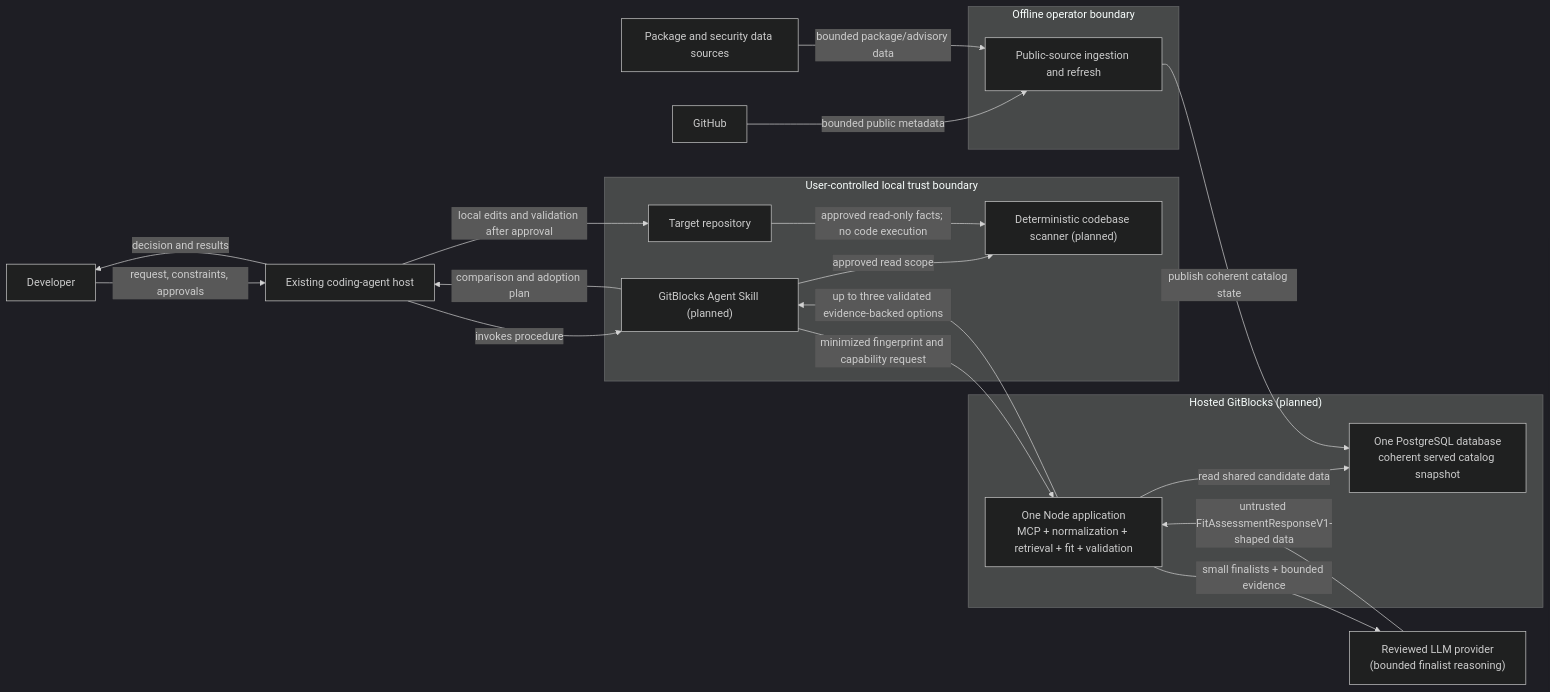
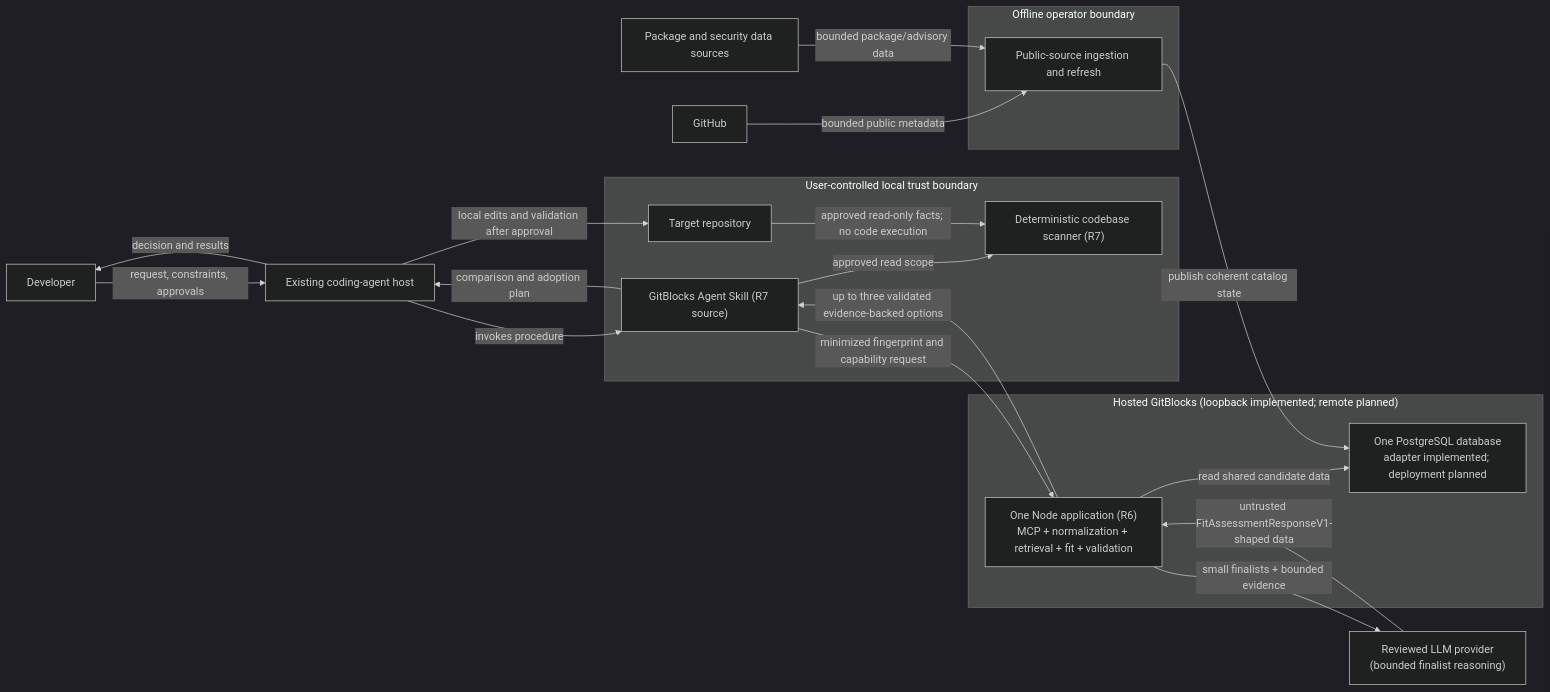
Before and after one commit to kgudipati/gitblocks: the first of 2 diagrams in docs/architecture/system-context.md, drawn with Mermaid (dark theme). The commit also changed other lines of this file and 9 other files, not shown here.

First line of the commit message:
feat: add local GitBlocks OSS adoption workflow

````diff
--- a/docs/architecture/system-context.md
+++ b/docs/architecture/system-context.md
@@ -215,39 +232,39 @@
 ```mermaid
 flowchart LR
     Developer["Developer"]
     Agent["Existing coding-agent host"]
     GitHub["GitHub"]
     Sources["Package and security data sources"]
     Model["Reviewed LLM provider<br/>(bounded finalist reasoning)"]
 
     subgraph Local["User-controlled local trust boundary"]
-        Skill["GitBlocks Agent Skill (planned)"]
-        Scanner["Deterministic codebase scanner (planned)"]
+        Skill["GitBlocks Agent Skill (R7 source)"]
+        Scanner["Deterministic codebase scanner (R7)"]
         Repo["Target repository"]
     end
 
-    subgraph Hosted["Hosted GitBlocks (planned)"]
-        App["One Node application<br/>MCP + normalization + retrieval + fit + validation"]
-        Postgres["One PostgreSQL database<br/>coherent served catalog snapshot"]
+    subgraph Hosted["Hosted GitBlocks (loopback implemented; remote planned)"]
+        App["One Node application (R6)<br/>MCP + normalization + retrieval + fit + validation"]
+        Postgres["One PostgreSQL database<br/>adapter implemented; deployment planned"]
     end
 
     subgraph Offline["Offline operator boundary"]
         Ingestion["Public-source ingestion and refresh"]
     end
 
     Developer -->|"request, constraints, approvals"| Agent
     Agent -->|"invokes procedure"| Skill
     Skill -->|"approved read scope"| Scanner
     Repo -->|"approved read-only facts; no code execution"| Scanner
     Skill -->|"minimized fingerprint and capability request"| App
     App -->|"read shared candidate data"| Postgres
     App -->|"small finalists + bounded evidence"| Model
     Model -->|"untrusted FitAssessmentResponseV1-shaped data"| App
     App -->|"up to three validated evidence-backed options"| Skill
     Skill -->|"comparison and adoption plan"| Agent
     Agent -->|"local edits and validation after approval"| Repo
     Agent -->|"decision and results"| Developer
     GitHub -->|"bounded public metadata"| Ingestion
     Sources -->|"bounded package/advisory data"| Ingestion
     Ingestion -->|"publish coherent catalog state"| Postgres
 ```
````
